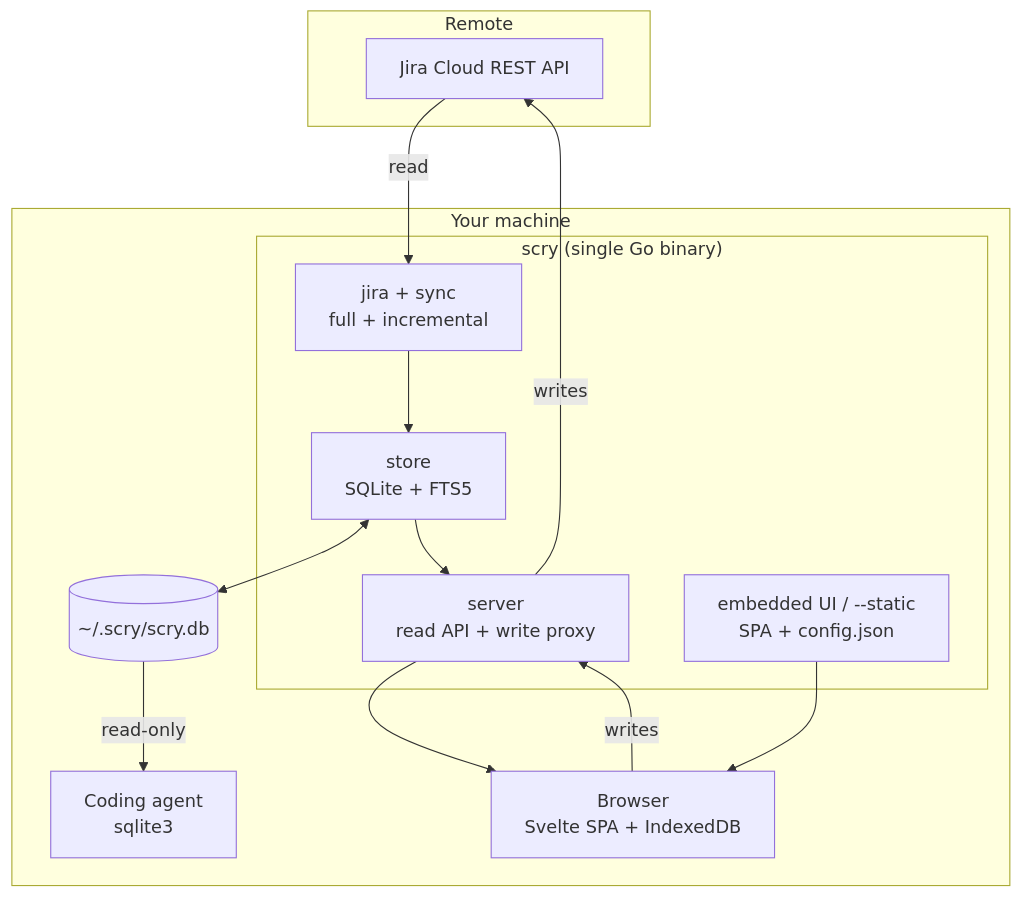
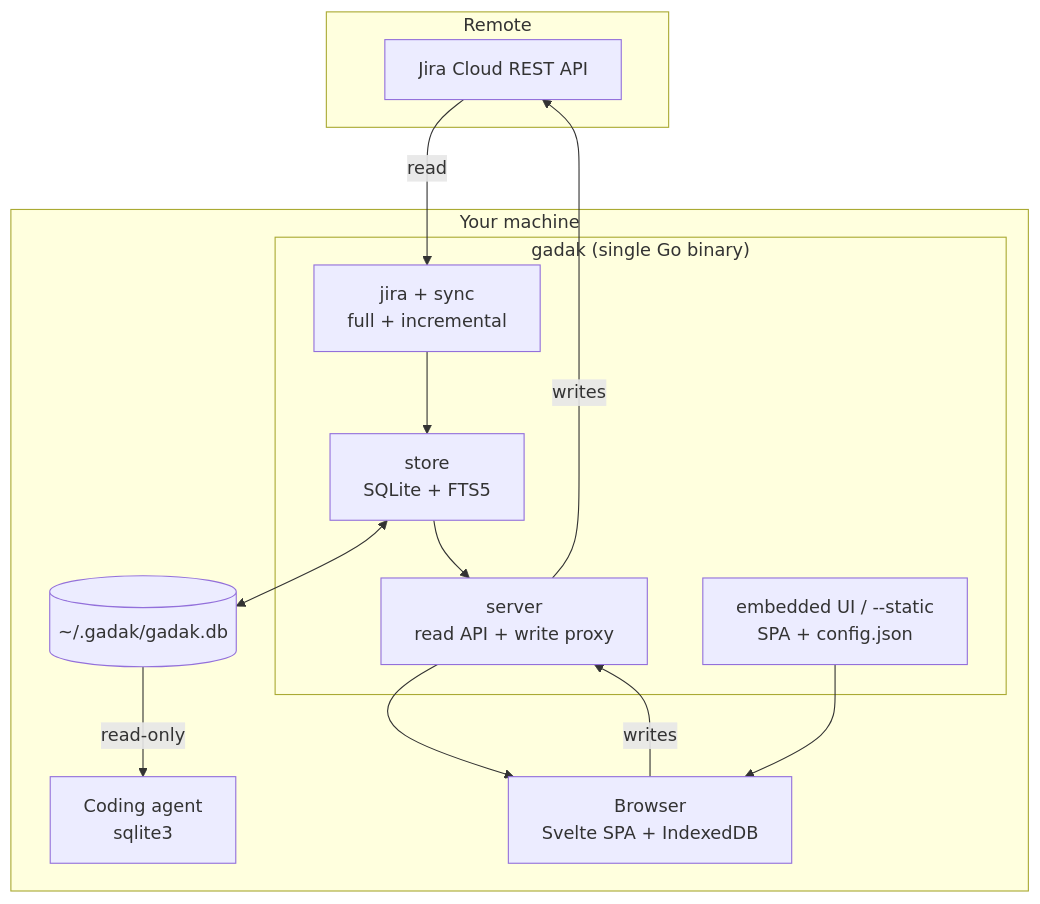
One commit to midagedev/gadak changed the diagram in docs/ARCHITECTURE.md. Above: the diagram before and after it, drawn with Mermaid. The commit also changed other lines of this file and 298 other files, not shown here.

First line of the commit message:
refactor: rename the product from scry to gadak

````diff
--- a/docs/ARCHITECTURE.md
+++ b/docs/ARCHITECTURE.md
@@ -7,27 +7,27 @@
 ```mermaid
 flowchart TB
   subgraph Remote
     Jira["Jira Cloud REST API"]
   end
   subgraph Machine["Your machine"]
-    subgraph Binary["scry (single Go binary)"]
+    subgraph Binary["gadak (single Go binary)"]
       Sync["jira + sync<br/>full + incremental"]
       Store["store<br/>SQLite + FTS5"]
       API["server<br/>read API + write proxy"]
       UI["embedded UI / --static<br/>SPA + config.json"]
     end
-    DB[("~/.scry/scry.db")]
+    DB[("~/.gadak/gadak.db")]
     Browser["Browser<br/>Svelte SPA + IndexedDB"]
     Agent["Coding agent<br/>sqlite3"]
   end
 
   Jira -->|"read"| Sync
   Sync --> Store
   Store <--> DB
   Store --> API
   API --> Browser
   UI --> Browser
   Browser -->|"writes"| API
   API -->|"writes"| Jira
   DB -->|"read-only"| Agent
 ```
````
